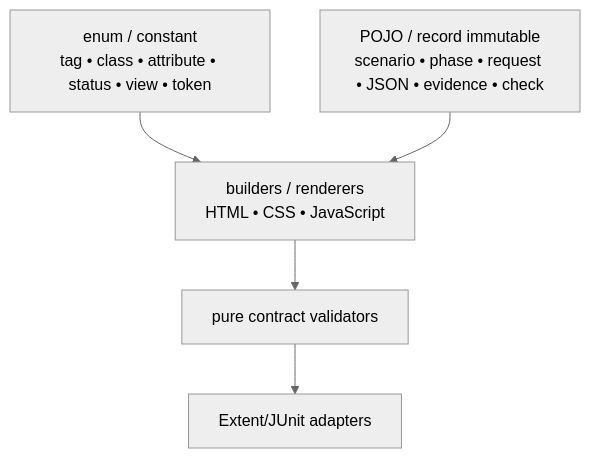
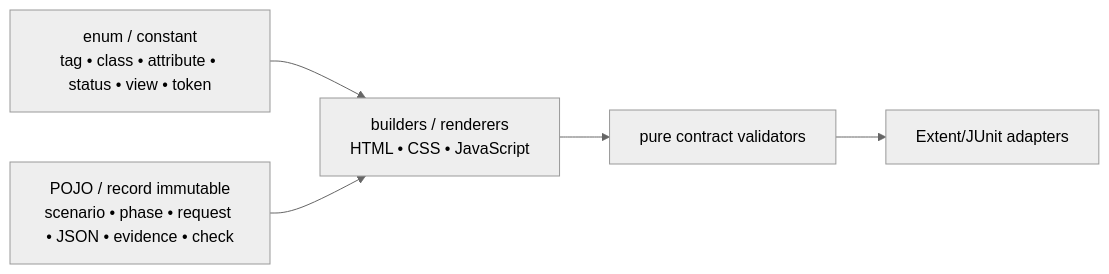
Before and after one commit to crististefanita/demo2: the second of 3 diagrams in atf-reporting/README.md, drawn with Mermaid (neutral theme). The commit also changed other lines of this file and 894 other files, not shown here.

````diff
--- a/atf-reporting/README.md
+++ b/atf-reporting/README.md
@@ -39,12 +91,12 @@
 ```mermaid
-flowchart TD
+flowchart LR
     Vocabulary[enum / constant<br/>tag • class • attribute • status • view • token]
     Runtime[POJO / record immutable<br/>scenario • phase • request • JSON • evidence • check]
     Serialize[builders / renderers<br/>HTML • CSS • JavaScript]
     Audit[pure contract validators]
     Publish[Extent/JUnit adapters]
     Vocabulary --> Serialize
     Runtime --> Serialize
     Serialize --> Audit
     Audit --> Publish
 ```
````
